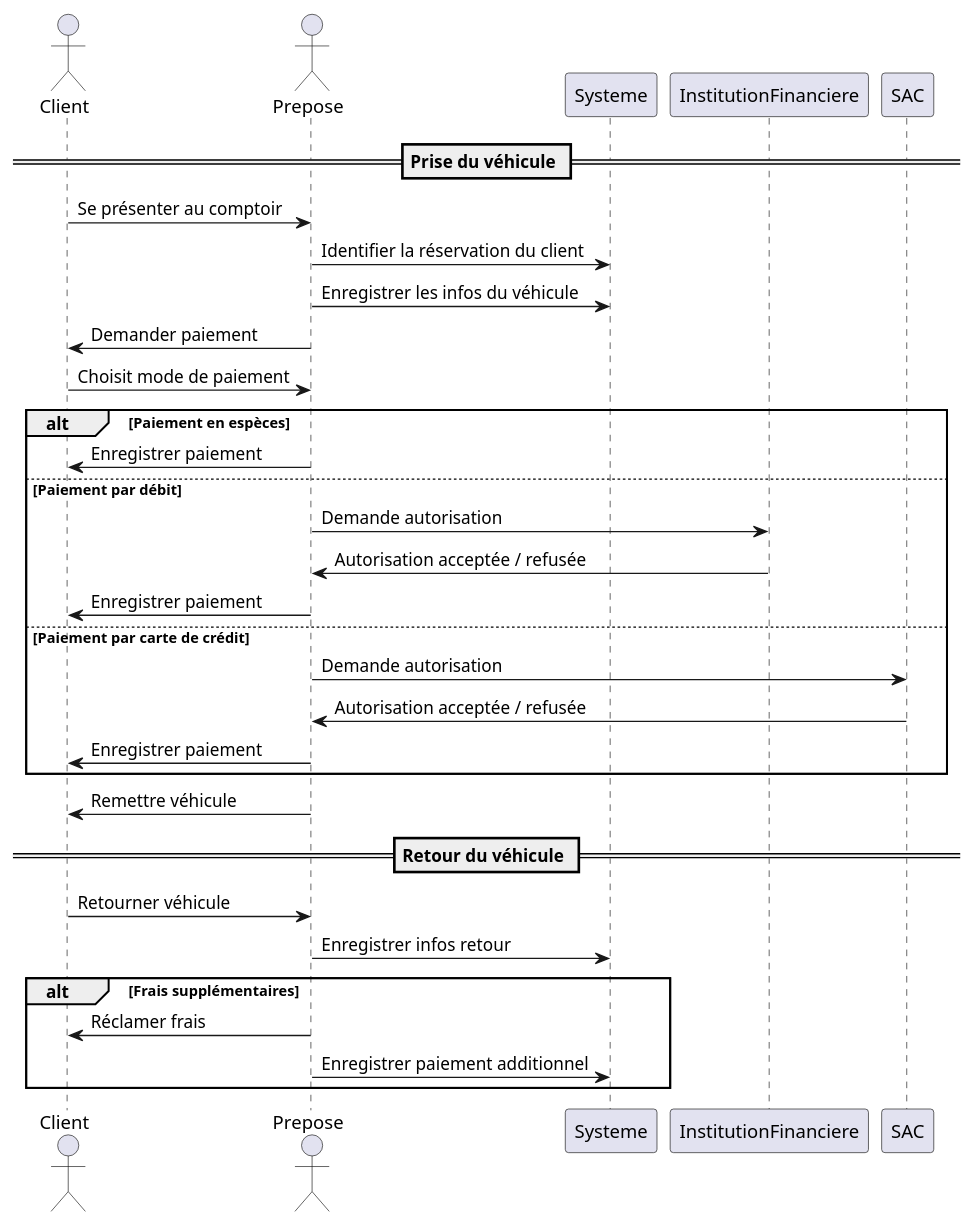
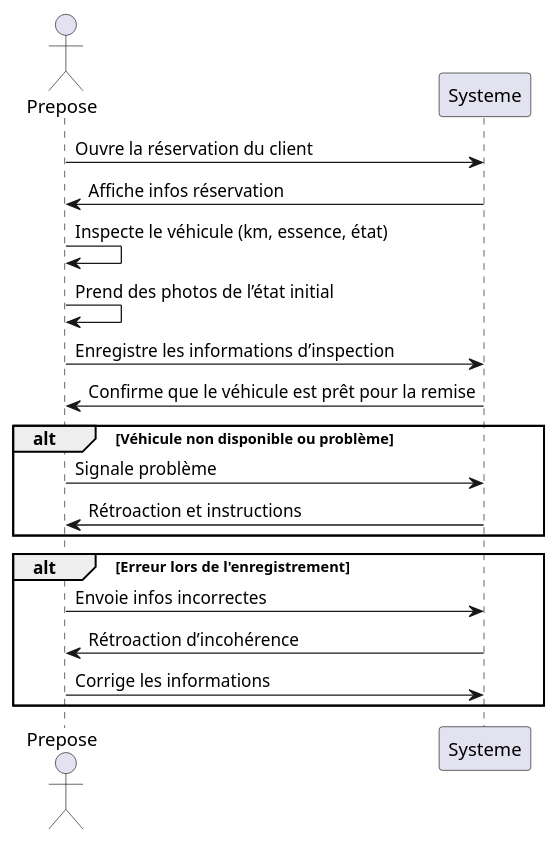
The diagram in UML/TP1_RentIT/diagramme-sequence.puml (AlimouDiallo367/1SY-AnalyseObjet), drawn with PlantUML before and after one commit. The commit also changed 6 other files, not shown here.

Commit message:
Modele du domaine et diagramme de sequence

```diff
--- a/UML/TP1_RentIT/diagramme-sequence.puml
+++ b/UML/TP1_RentIT/diagramme-sequence.puml
@@ -1,40 +1,22 @@
-@startuml RentIT_Prise_Retour 
-actor Client
+@startuml UC01_PreparerVehicule
 actor Prepose
+participant Systeme
 
-participant Systeme 
-participant InstitutionFinanciere
-participant SAC  
+Prepose -> Systeme : Ouvre la réservation du client
+Systeme -> Prepose : Affiche infos réservation 
+Prepose -> Prepose : Inspecte le véhicule (km, essence, état)
+Prepose -> Prepose : Prend des photos de l’état initial
+Prepose -> Systeme : Enregistre les informations d’inspection
+Systeme -> Prepose : Confirme que le véhicule est prêt pour la remise
 
+alt Véhicule non disponible ou problème
+    Prepose -> Systeme : Signale problème
+    Systeme -> Prepose : Rétroaction et instructions
+end
 
-== Prise du véhicule == 
-Client -> Prepose : Se présenter au comptoir
-Prepose -> Systeme : Identifier la réservation du client  
-Prepose -> Systeme : Enregistrer les infos du véhicule  
-
-Prepose -> Client : Demander paiement 
-Client -> Prepose : Choisit mode de paiement
-
-alt Paiement en espèces
-  Prepose -> Client : Enregistrer paiement   
-else Paiement par débit 
-  Prepose -> InstitutionFinanciere : Demande autorisation
-  InstitutionFinanciere -> Prepose : Autorisation acceptée / refusée 
-  Prepose -> Client : Enregistrer paiement 
-else Paiement par carte de crédit 
-  Prepose -> SAC : Demande autorisation
-  SAC -> Prepose : Autorisation acceptée / refusée 
-  Prepose -> Client : Enregistrer paiement 
-end 
-Prepose -> Client : Remettre véhicule 
-
-== Retour du véhicule == 
-Client -> Prepose : Retourner véhicule 
-Prepose -> Systeme : Enregistrer infos retour 
-
-alt Frais supplémentaires 
-  Prepose -> Client : Réclamer frais 
-  Prepose -> Systeme : Enregistrer paiement additionnel
-end 
-
+alt Erreur lors de l'enregistrement
+    Prepose -> Systeme : Envoie infos incorrectes
+    Systeme -> Prepose : Rétroaction d’incohérence
+    Prepose -> Systeme : Corrige les informations
+end
 @enduml
```
